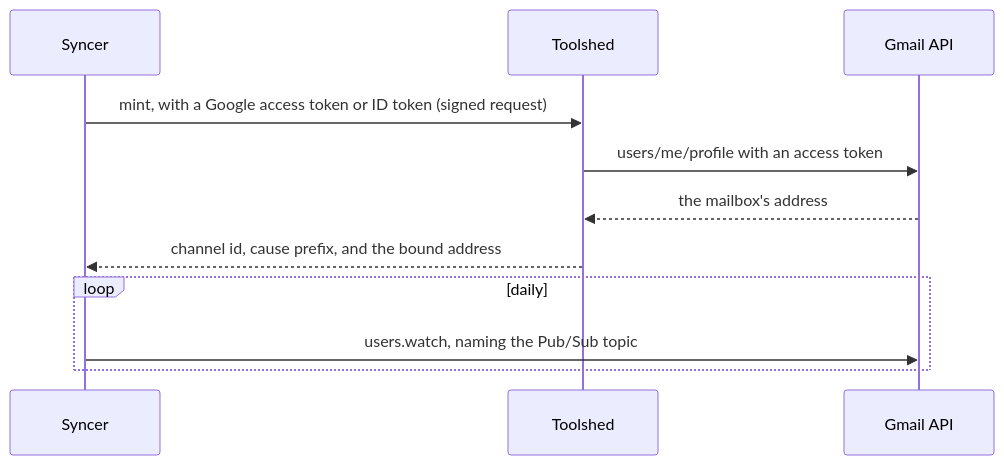
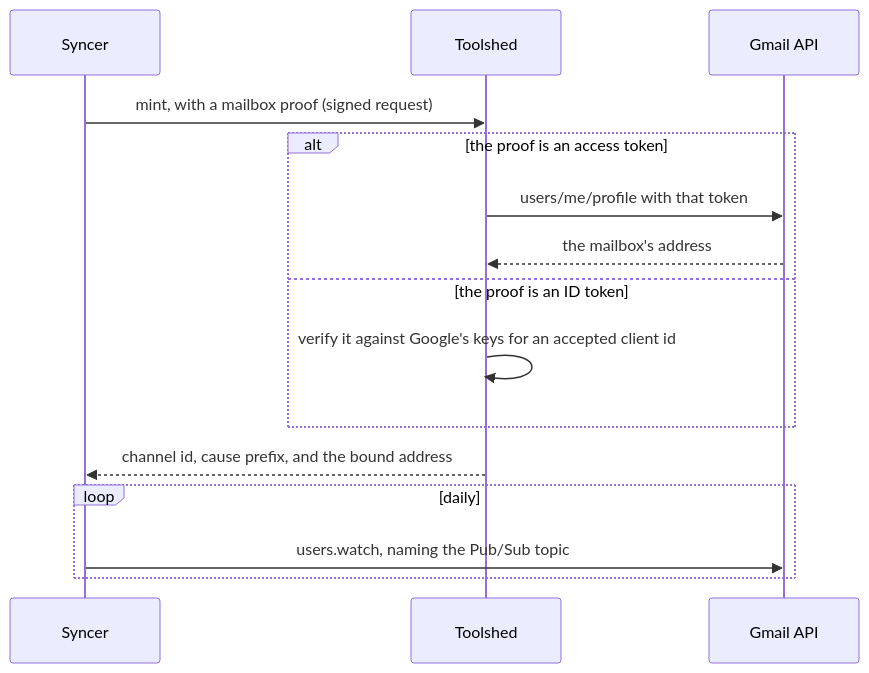
One commit to commonfabric/labs changed the second of 4 diagrams in docs/features/gmail-push-architecture.md. Above: the diagram before and after it, drawn with Mermaid. The commit also changed other lines of this file and 15 other files, not shown here.

First line of the commit message:
fix(toolshed): review fixes for the mailbox proof on mint

````diff
--- a/docs/features/gmail-push-architecture.md
+++ b/docs/features/gmail-push-architecture.md
@@ -87,14 +87,18 @@
 ```mermaid
 sequenceDiagram
     participant S as Syncer
     participant T as Toolshed
     participant G as Gmail API
 
-    S->>T: mint, with a Google access token or ID token (signed request)
-    T->>G: users/me/profile with an access token
-    G-->>T: the mailbox's address
+    S->>T: mint, with a mailbox proof (signed request)
+    alt the proof is an access token
+        T->>G: users/me/profile with that token
+        G-->>T: the mailbox's address
+    else the proof is an ID token
+        T->>T: verify it against Google's keys for an accepted client id
+    end
     T-->>S: channel id, cause prefix, and the bound address
     loop daily
         S->>G: users.watch, naming the Pub/Sub topic
     end
 ```
````
